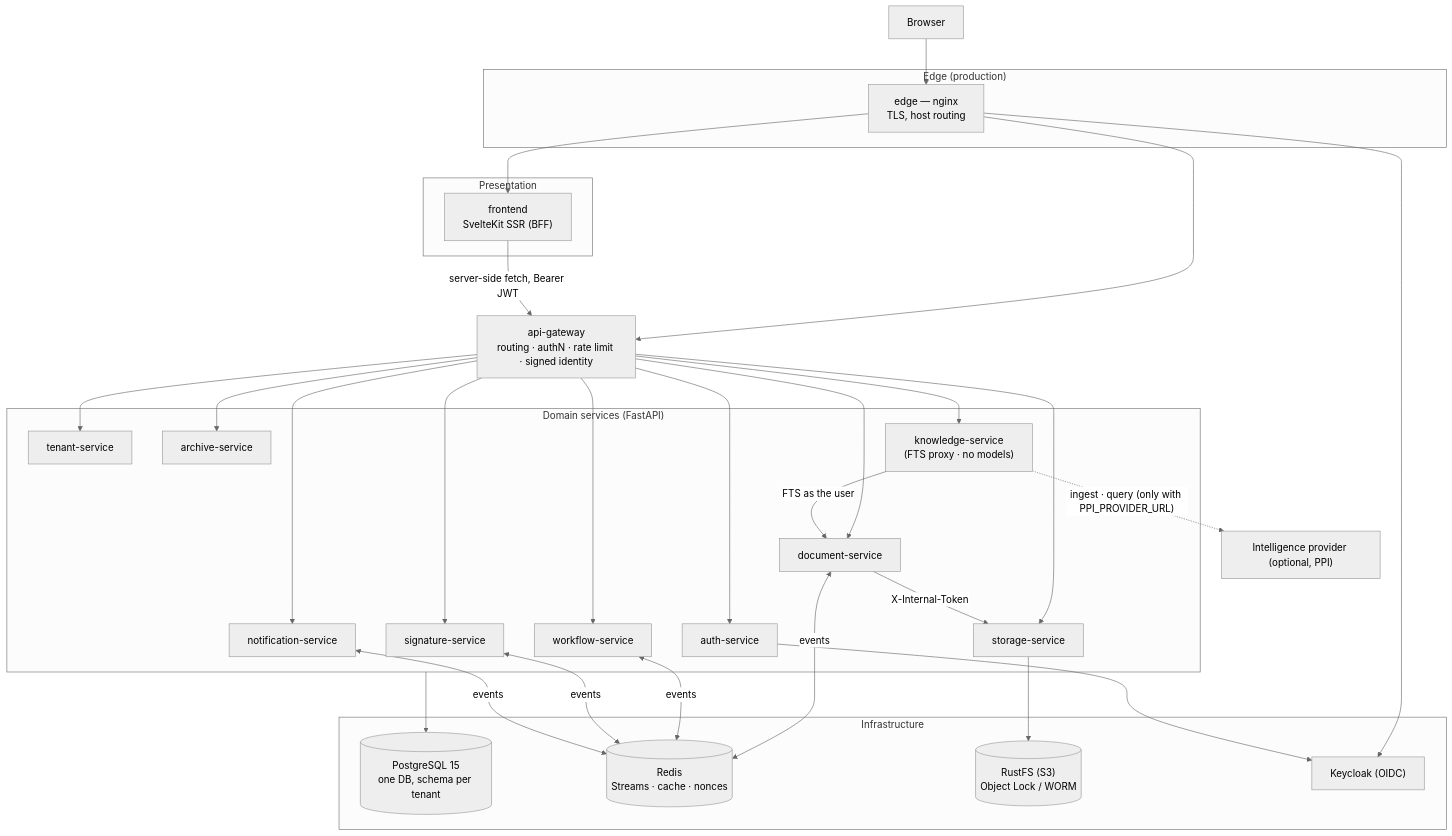
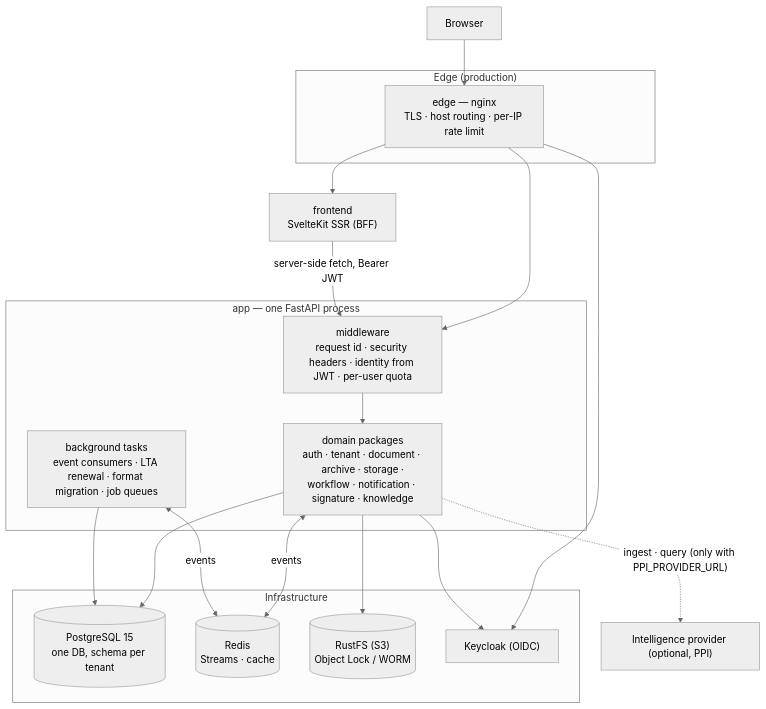
The first of 5 diagrams in ARCHITECTURE.md (camilo1rp/docuboto), drawn with Mermaid (neutral theme) before and after one commit. The commit also changed other lines of this file and 19 other files, not shown here.

````diff
--- a/ARCHITECTURE.md
+++ b/ARCHITECTURE.md
@@ -23,47 +27,35 @@
 ```mermaid
 graph TB
     Browser["Browser"]
     PPI["Intelligence provider (optional, PPI)"]
 
     subgraph edge["Edge (production)"]
-        NGINX["edge — nginx<br/>TLS, host routing"]
+        NGINX["edge — nginx<br/>TLS · host routing · per-IP rate limit"]
     end
 
-    subgraph presentation["Presentation"]
-        FE["frontend<br/>SvelteKit SSR (BFF)"]
-    end
+    FE["frontend<br/>SvelteKit SSR (BFF)"]
 
-    GW["api-gateway<br/>routing · authN · rate limit · signed identity"]
-
-    subgraph domain["Domain services (FastAPI)"]
-        AUTH["auth-service"]
-        TEN["tenant-service"]
-        DOC["document-service"]
-        ARC["archive-service"]
-        STO["storage-service"]
-        WF["workflow-service"]
-        NOT["notification-service"]
-        SIG["signature-service"]
-        KNO["knowledge-service<br/>(FTS proxy · no models)"]
+    subgraph app["app — one FastAPI process"]
+        MW["middleware<br/>request id · security headers · identity from JWT · per-user quota"]
+        DOM["domain packages<br/>auth · tenant · document · archive · storage ·<br/>workflow · notification · signature · knowledge"]
+        BG["background tasks<br/>event consumers · LTA renewal · format migration · job queues"]
+        MW --> DOM
     end
 
     subgraph infra["Infrastructure"]
         PG[("PostgreSQL 15<br/>one DB, schema per tenant")]
-        RD[("Redis<br/>Streams · cache · nonces")]
+        RD[("Redis<br/>Streams · cache")]
         S3[("RustFS (S3)<br/>Object Lock / WORM")]
         KC["Keycloak (OIDC)"]
     end
 
     Browser --> NGINX --> FE
-    NGINX --> GW
+    NGINX --> MW
     NGINX --> KC
-    FE -->|server-side fetch, Bearer JWT| GW
-    GW --> AUTH & TEN & DOC & ARC & STO & WF & NOT & SIG & KNO
-    KNO -->|FTS as the user| DOC
-    KNO -.->|"ingest · query (only with PPI_PROVIDER_URL)"| PPI
-    DOC -->|X-Internal-Token| STO
-    DOC & WF & SIG & NOT <-->|events| RD
-    AUTH --> KC
-    domain --> PG
-    STO --> S3
+    FE -->|server-side fetch, Bearer JWT| MW
+    DOM -.->|"ingest · query (only with PPI_PROVIDER_URL)"| PPI
+    DOM & BG <-->|events| RD
+    DOM & BG --> PG
+    DOM --> S3
+    DOM --> KC
 ```
````
